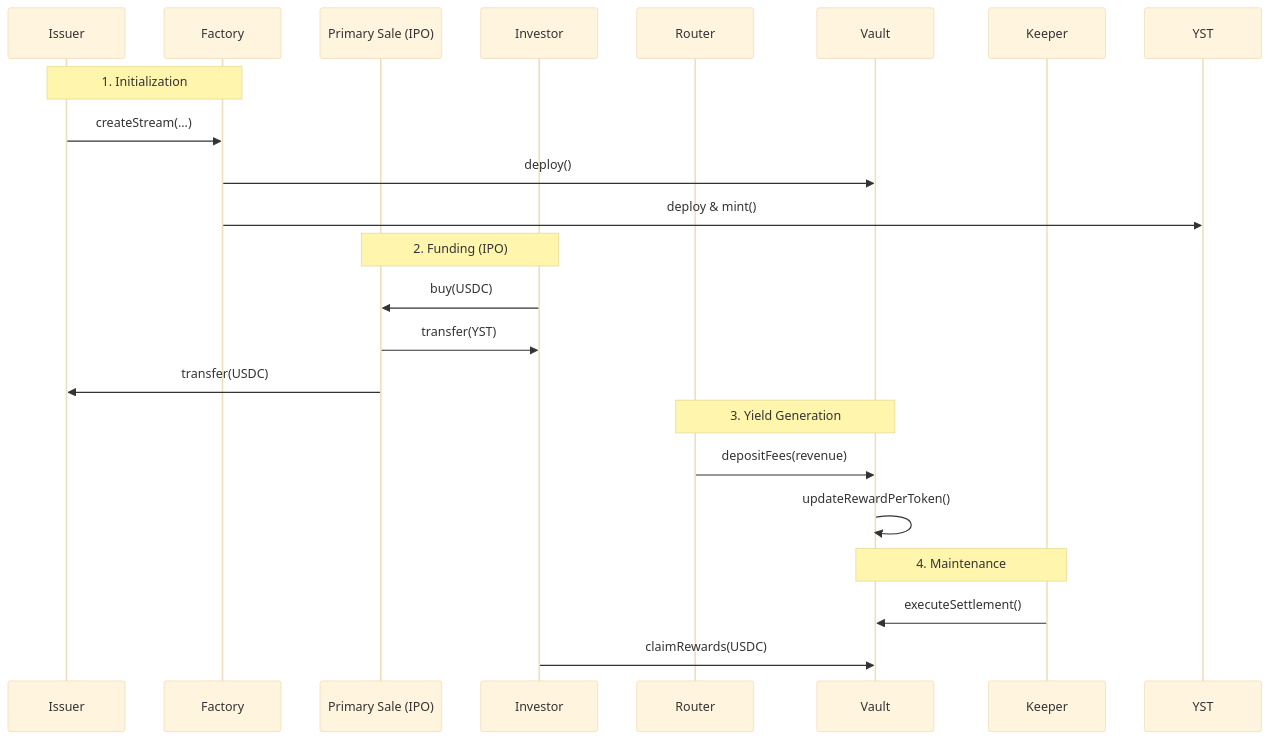
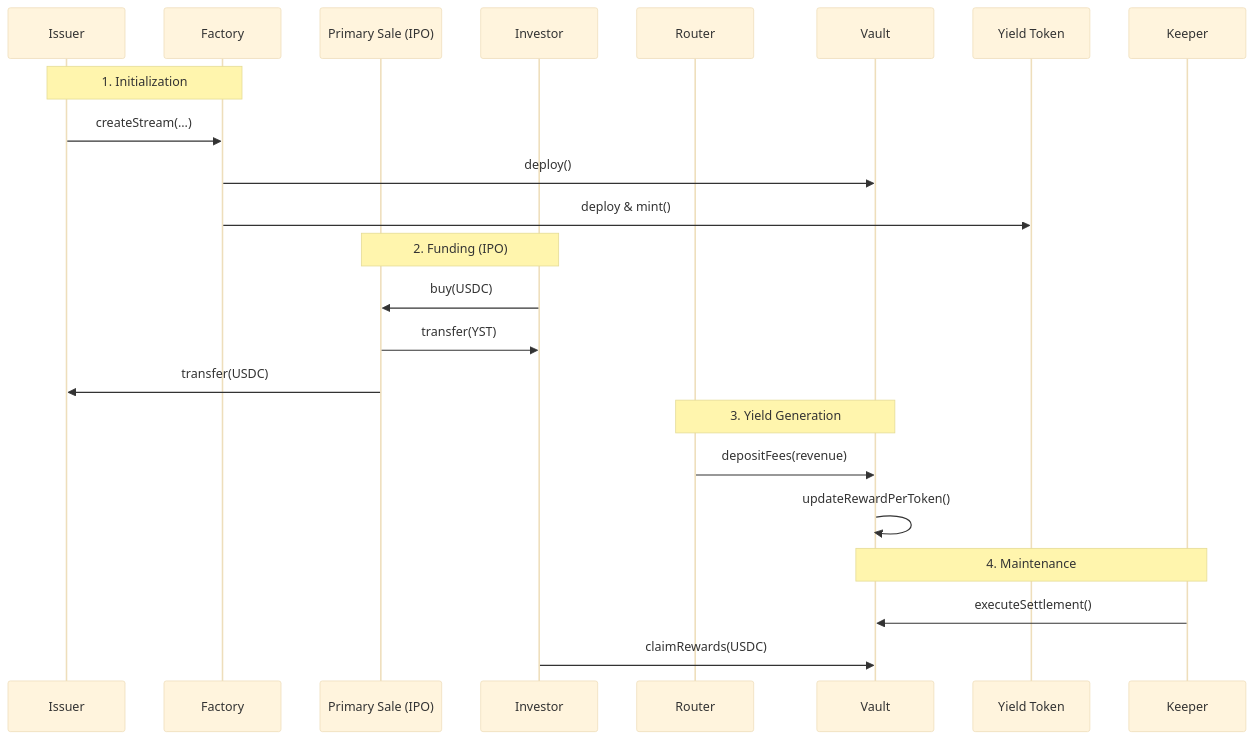
One commit to Mariussgal/ETH-GLOBAL-CANNES-2026 changed the second of 2 diagrams in README.md. Above: the diagram before and after it, drawn with Mermaid (base theme). The commit also changed other lines of this file, not shown here.

````diff
--- a/README.md
+++ b/README.md
@@ -79,28 +79,29 @@
 ```mermaid
 sequenceDiagram
     participant Issuer
     participant Factory
     participant Primary as Primary Sale (IPO)
     participant Investor
     participant Router
     participant Vault
+    participant YST as Yield Token
     participant Keeper
 
     Note over Issuer,Factory: 1. Initialization
     Issuer->>Factory: createStream(...)
     Factory->>Vault: deploy()
     Factory->>YST: deploy & mint()
 
     Note over Investor,Primary: 2. Funding (IPO)
     Investor->>Primary: buy(USDC)
     Primary->>Investor: transfer(YST)
     Primary->>Issuer: transfer(USDC)
 
     Note over Router,Vault: 3. Yield Generation
     Router->>Vault: depositFees(revenue)
     Vault->>Vault: updateRewardPerToken()
 
     Note over Keeper,Vault: 4. Maintenance
     Keeper->>Vault: executeSettlement()
     Investor->>Vault: claimRewards(USDC)
 ```
````
